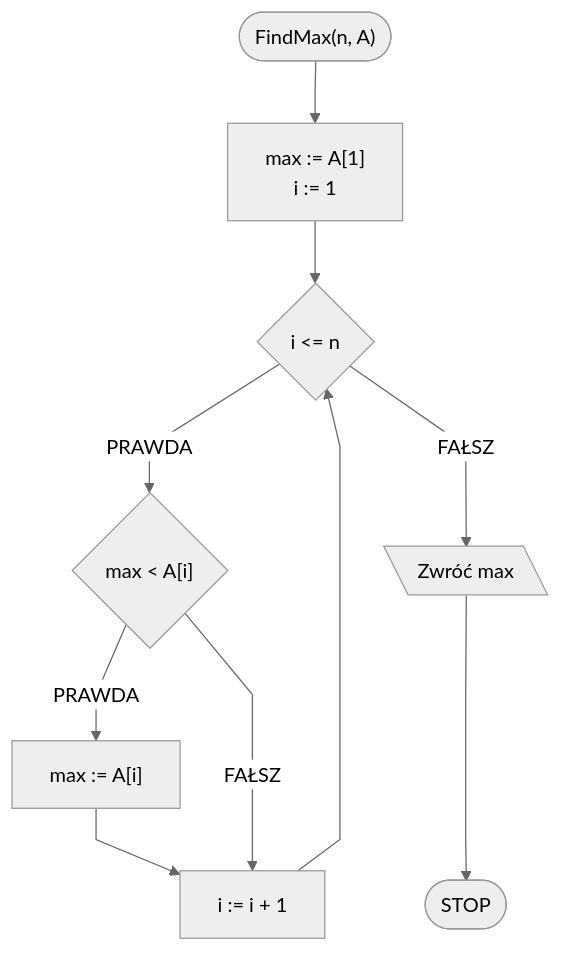
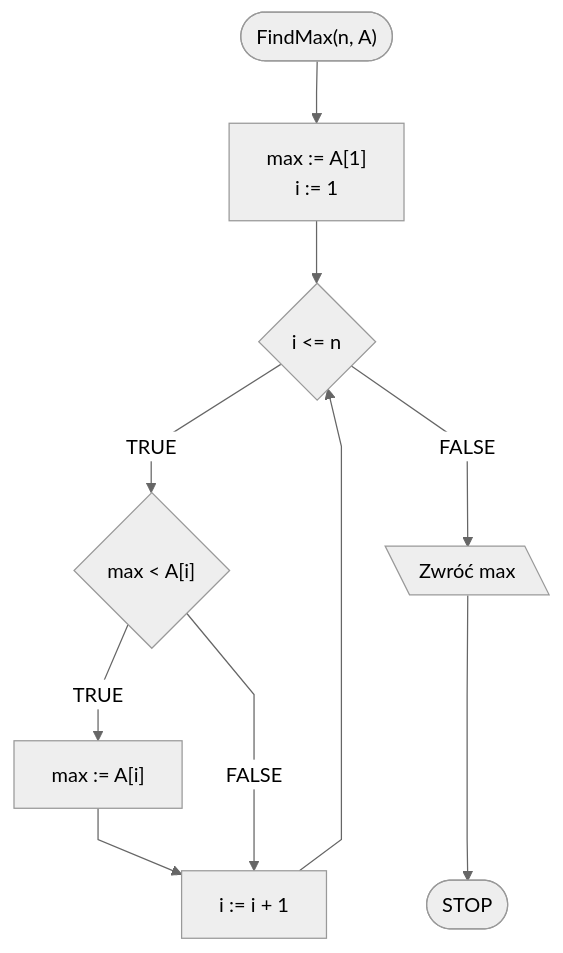
One commit to blackbat13/edu-cs-htiew-en changed the first of 2 diagrams in docs/algorithms/searching/min-or-max.md. Above: the diagram before and after it, drawn with Mermaid. The commit also changed other lines of this file and 682 other files, not shown here.

````diff
--- a/docs/algorithms/searching/min-or-max.md
+++ b/docs/algorithms/searching/min-or-max.md
@@ -73,14 +73,14 @@
 ```mermaid
 %%{init: {"flowchart": {"curve": "linear"}, "theme": "neutral"} }%%
 flowchart TD
 	START(["FindMax(n, A)"]) --> K1["max := A[1]
 	i := 1"]
 	K1 --> K2{i <= n}
-	K2 -- PRAWDA --> K3{"max < A[i]"}
-	K3 -- PRAWDA --> K4["max := A[i]"]
+	K2 -- TRUE --> K3{"max < A[i]"}
+	K3 -- TRUE --> K4["max := A[i]"]
 	K4 --> K2i[i := i + 1]
 	K2i --> K2
-	K3 -- FAŁSZ --> K2i
-	K2 -- FAŁSZ --> K5[\Zwróć max\]
+	K3 -- FALSE --> K2i
+	K2 -- FALSE --> K5[\Zwróć max\]
 	K5 ---> STOP([STOP])
 ```
````
